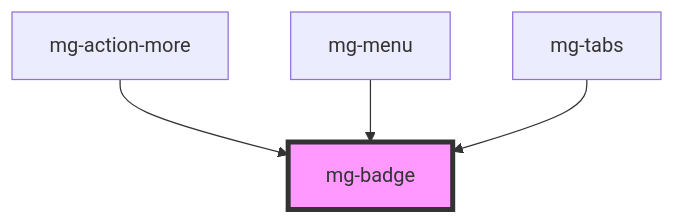
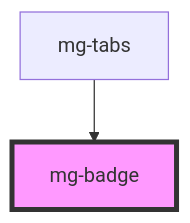
Before and after one commit to MGDIS/mg-components: the diagram in src/components/atoms/mg-badge/readme.md, drawn with Mermaid. The commit also changed other lines of this file and 97 other files, not shown here.

First line of the commit message:
feat(mgMenu): implement overflow on mg-menu and move mg-action-more on another mr

````diff
--- a/src/components/atoms/mg-badge/readme.md
+++ b/src/components/atoms/mg-badge/readme.md
@@ -44,7 +42,5 @@
 ```mermaid
 graph TD;
-  mg-action-more --> mg-badge
-  mg-menu --> mg-badge
   mg-tabs --> mg-badge
   style mg-badge fill:#f9f,stroke:#333,stroke-width:4px
 ```
````
